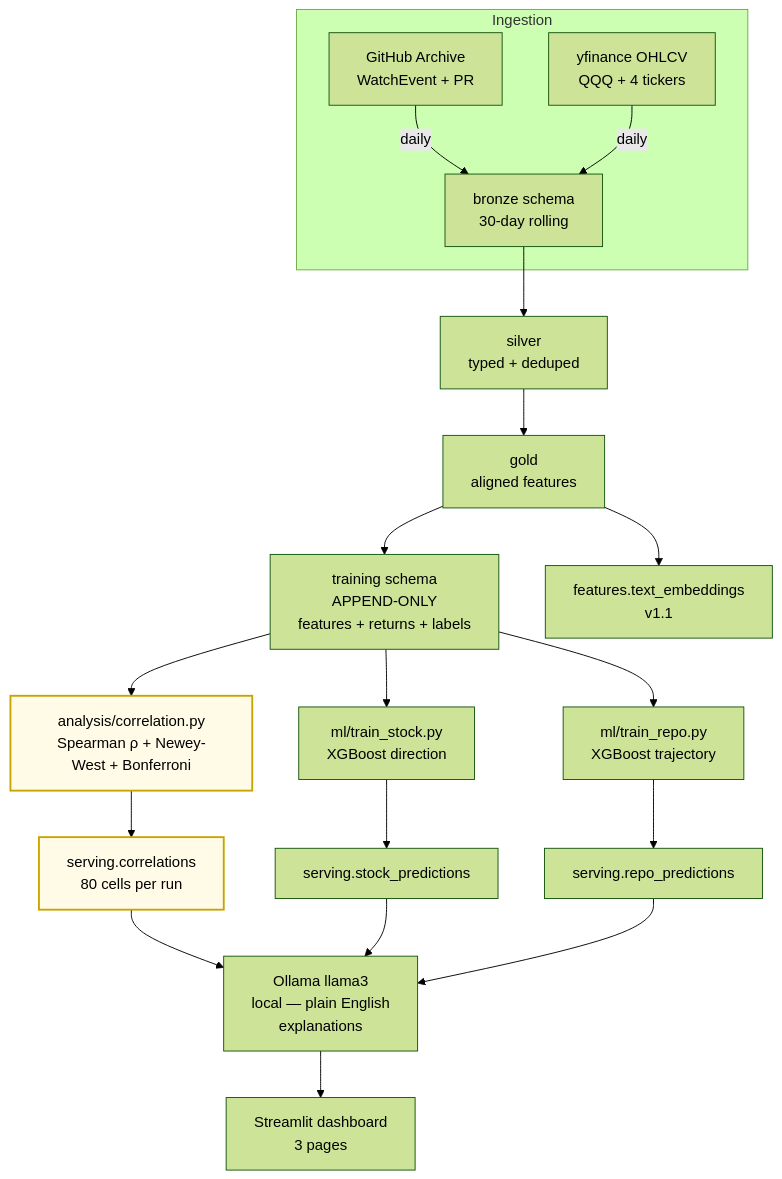
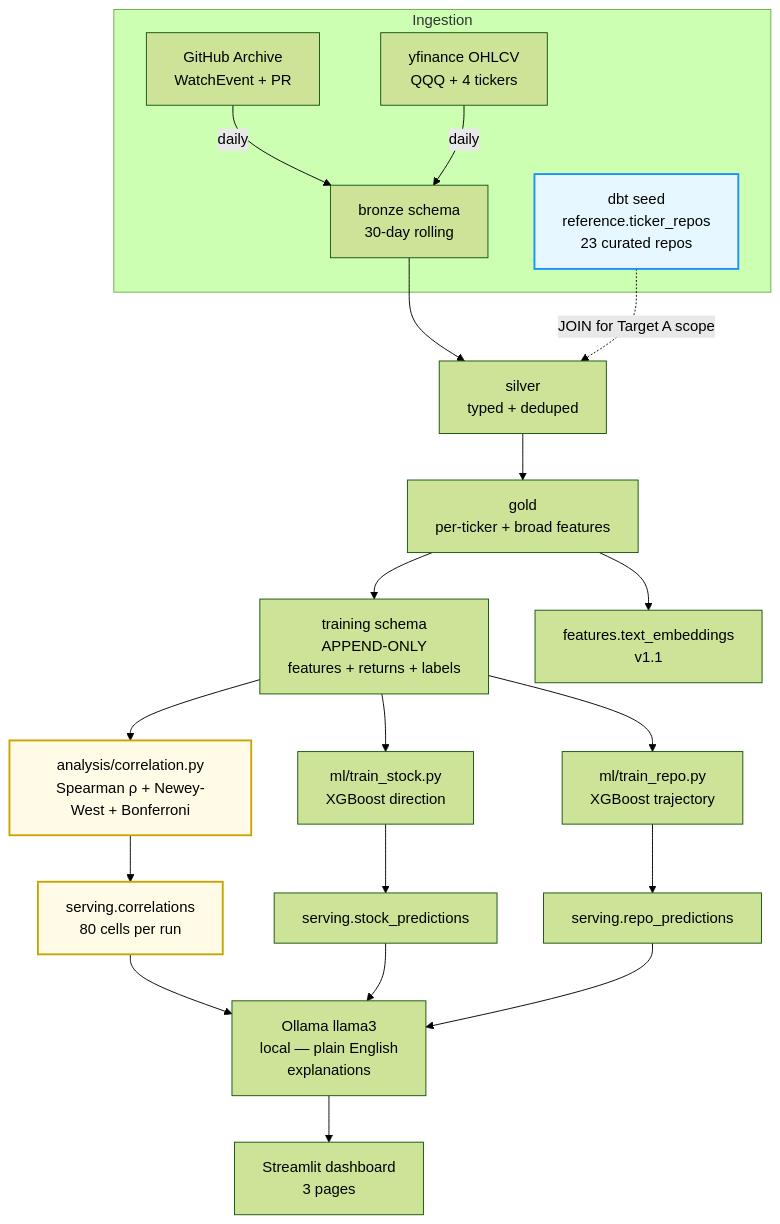
One commit to MarksonMarcolino/quack-flow changed the diagram in README.md. Above: the diagram before and after it, drawn with Mermaid (forest theme). The commit also changed other lines of this file and 2 other files, not shown here.

````diff
--- a/README.md
+++ b/README.md
@@ -69,26 +88,31 @@
 ```mermaid
 flowchart TB
     subgraph Ingestion
         GA[GitHub Archive<br/>WatchEvent + PR] -->|daily| B1
         YF[yfinance OHLCV<br/>QQQ + 4 tickers] -->|daily| B1
+        SEED[dbt seed<br/>reference.ticker_repos<br/>23 curated repos]
     end
 
-    B1[bronze schema<br/>30-day rolling] --> S1[silver<br/>typed + deduped] --> G1[gold<br/>aligned features]
+    B1[bronze schema<br/>30-day rolling] --> S1[silver<br/>typed + deduped]
+    SEED -.->|JOIN for Target A scope| S1
+    S1 --> G1[gold<br/>per-ticker + broad features]
 
     G1 --> TR[training schema<br/>APPEND-ONLY<br/>features + returns + labels]
     G1 --> EMB[features.text_embeddings<br/>v1.1]
 
     TR --> COR[analysis/correlation.py<br/>Spearman ρ + Newey-West + Bonferroni]
     TR --> STK[ml/train_stock.py<br/>XGBoost direction]
     TR --> REP[ml/train_repo.py<br/>XGBoost trajectory]
 
     COR --> SC[serving.correlations<br/>80 cells per run]
     STK --> SS[serving.stock_predictions]
     REP --> SR[serving.repo_predictions]
 
     SC & SS & SR --> OLL[Ollama llama3<br/>local — plain English<br/>explanations]
     OLL --> DASH[Streamlit dashboard<br/>3 pages]
 
     classDef heroStyle fill:#fffbe6,stroke:#c9a400,stroke-width:2px,color:#000
+    classDef seedStyle fill:#e6f7ff,stroke:#1890ff,stroke-width:2px,color:#000
     class COR,SC heroStyle
+    class SEED seedStyle
 ```
````
